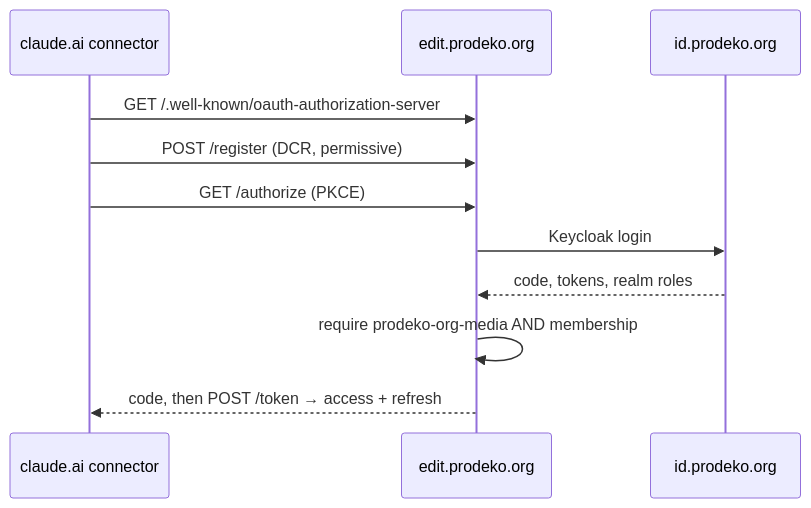
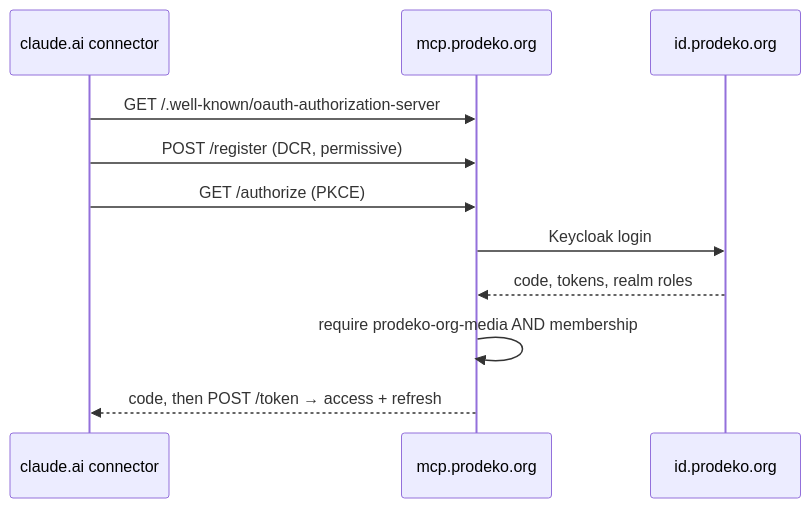
Before and after one commit to Prodeko/prodeko-org: the first of 2 diagrams in docs/superpowers/specs/2026-09-19-content-editor-mcp-design.md, drawn with Mermaid. The commit also changed other lines of this file and 9 other files, not shown here.

Commit message:
Serve the content editor MCP server at mcp.prodeko.org (#49)

````diff
--- a/docs/superpowers/specs/2026-09-19-content-editor-mcp-design.md
+++ b/docs/superpowers/specs/2026-09-19-content-editor-mcp-design.md
@@ -243,13 +243,13 @@
 ```mermaid
 sequenceDiagram
     participant C as claude.ai connector
-    participant M as edit.prodeko.org
+    participant M as mcp.prodeko.org
     participant K as id.prodeko.org
     C->>M: GET /.well-known/oauth-authorization-server
     C->>M: POST /register (DCR, permissive)
     C->>M: GET /authorize (PKCE)
     M->>K: Keycloak login
     K-->>M: code, tokens, realm roles
     M->>M: require prodeko-org-media AND membership
     M-->>C: code, then POST /token → access + refresh
 ```
````
